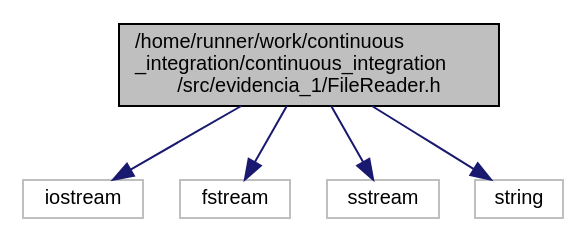
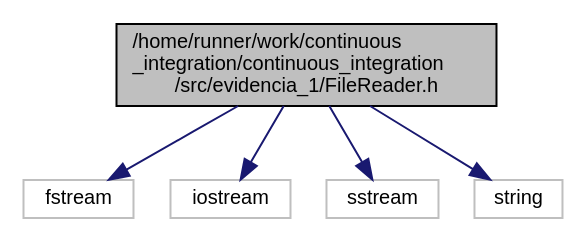
One commit to Oscar-gg/continuous_integration changed the diagram in FileReader_8h__incl.dot. Above: the diagram before and after it, drawn with Graphviz. The commit also changed 9 other files, not shown here.

```diff
--- a/FileReader_8h__incl.dot
+++ b/FileReader_8h__incl.dot
@@ -1,15 +1,15 @@
 digraph "/home/runner/work/continuous_integration/continuous_integration/src/evidencia_1/FileReader.h"
 {
  // LATEX_PDF_SIZE
   edge [fontname="Helvetica",fontsize="10",labelfontname="Helvetica",labelfontsize="10"];
   node [fontname="Helvetica",fontsize="10",shape=record];
   Node1 [label="/home/runner/work/continuous\l_integration/continuous_integration\l/src/evidencia_1/FileReader.h",height=0.2,width=0.4,color="black", fillcolor="grey75", style="filled", fontcolor="black",tooltip=" "];
   Node1 -> Node2 [color="midnightblue",fontsize="10",style="solid",fontname="Helvetica"];
-  Node2 [label="iostream",height=0.2,width=0.4,color="grey75", fillcolor="white", style="filled",tooltip=" "];
+  Node2 [label="fstream",height=0.2,width=0.4,color="grey75", fillcolor="white", style="filled",tooltip=" "];
   Node1 -> Node3 [color="midnightblue",fontsize="10",style="solid",fontname="Helvetica"];
-  Node3 [label="fstream",height=0.2,width=0.4,color="grey75", fillcolor="white", style="filled",tooltip=" "];
+  Node3 [label="iostream",height=0.2,width=0.4,color="grey75", fillcolor="white", style="filled",tooltip=" "];
   Node1 -> Node4 [color="midnightblue",fontsize="10",style="solid",fontname="Helvetica"];
   Node4 [label="sstream",height=0.2,width=0.4,color="grey75", fillcolor="white", style="filled",tooltip=" "];
   Node1 -> Node5 [color="midnightblue",fontsize="10",style="solid",fontname="Helvetica"];
   Node5 [label="string",height=0.2,width=0.4,color="grey75", fillcolor="white", style="filled",tooltip=" "];
 }
```
